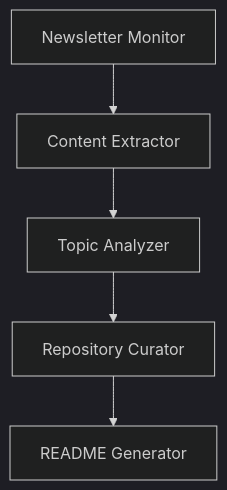
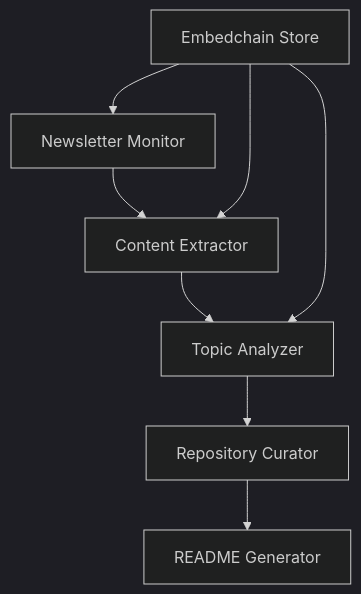
One commit to seantauber/seantauber changed the first of 5 diagrams in dev_docs/mvp_system_architecture.md. Above: the diagram before and after it, drawn with Mermaid (dark theme). The commit also changed other lines of this file and 13 other files, not shown here.

````diff
--- a/dev_docs/mvp_system_architecture.md
+++ b/dev_docs/mvp_system_architecture.md
@@ -26,7 +31,10 @@
 ```mermaid
 graph TD
     A[Newsletter Monitor] --> B[Content Extractor]
     B --> C[Topic Analyzer]
     C --> D[Repository Curator]
     D --> E[README Generator]
+    F[Embedchain Store] --> A
+    F --> B
+    F --> C
 ```
````
